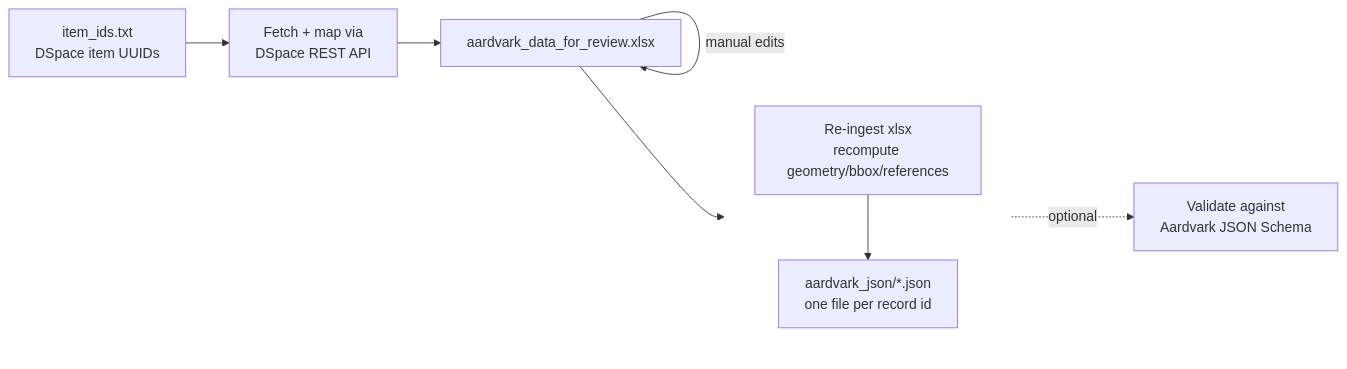
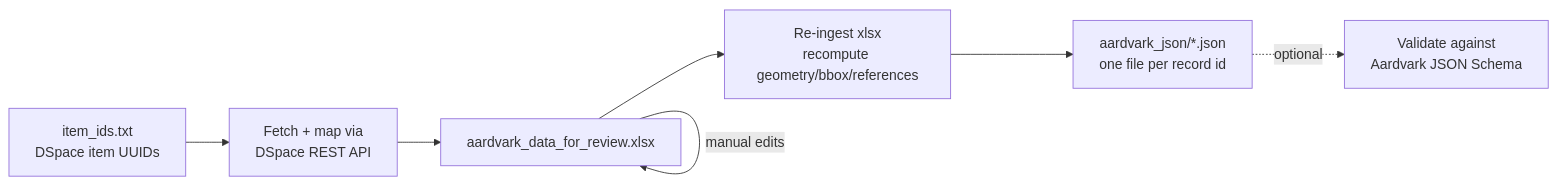
The diagram in ScholarWorks_Datasets/README.md (umass-gis/metadata-scripts), drawn with Mermaid before and after one commit.

````diff
--- a/ScholarWorks_Datasets/README.md
+++ b/ScholarWorks_Datasets/README.md
@@ -12,18 +12,9 @@
 ```mermaid
 flowchart LR
     A[item_ids.txt<br/>DSpace item UUIDs] --> B[Fetch + map via<br/>DSpace REST API]
     B --> C[aardvark_data_for_review.xlsx]
     C -->|manual edits| C
-    
-    %% Subgraph forces a vertical Top-to-Bottom flow for just D and E
-    subgraph vertical_stack [" "]
-        direction TB
-        D[Re-ingest xlsx<br/>recompute geometry/bbox/references] --> E[aardvark_json/*.json<br/>one file per record id]
-    end
-
-    C --> D
+    C --> D[Re-ingest xlsx<br/>recompute geometry/bbox/references]
+    D --> E[aardvark_json/*.json<br/>one file per record id]
     E -.optional.-> F[Validate against<br/>Aardvark JSON Schema]
-
-    %% Hides the border of the subgraph container box
-    style vertical_stack fill:none,stroke:none
 ```
````
